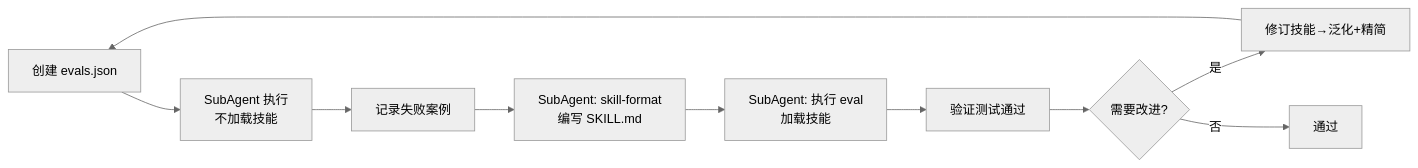
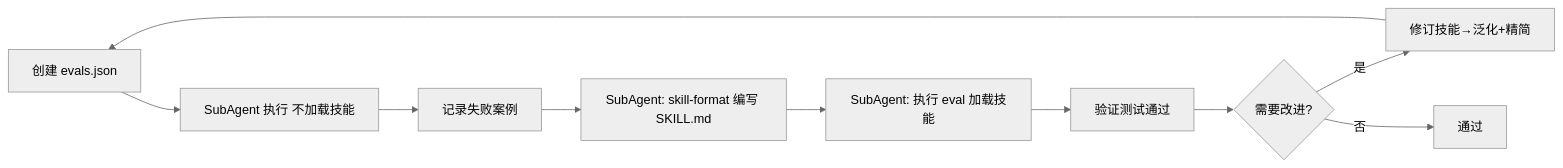
Before and after one commit to Z-JaDe/meta-skill: the third of 4 diagrams in skills/meta-skill/SKILL.md, drawn with Mermaid (neutral theme). The commit also changed other lines of this file and 5 other files, not shown here.

````diff
--- a/skills/meta-skill/SKILL.md
+++ b/skills/meta-skill/SKILL.md
@@ -193,12 +201,12 @@
 ```mermaid
 flowchart LR
-    R1[创建 evals.json] --> R2[SubAgent 执行<br/>不加载技能]
+    R1[创建 evals.json] --> R2[SubAgent 执行 不加载技能]
     R2 --> R3[记录失败案例]
-    R3 --> G1[SubAgent: skill-format<br/>编写 SKILL.md]
-    G1 --> G2[SubAgent: 执行 eval<br/>加载技能]
+    R3 --> G1[SubAgent: skill-format 编写 SKILL.md]
+    G1 --> G2[SubAgent: 执行 eval 加载技能]
     G2 --> G3[验证测试通过]
     G3 --> RF{需要改进?}
     RF -->|是| RF1[修订技能→泛化+精简]
     RF1 --> R1
     RF -->|否| Done[通过]
 ```
````
